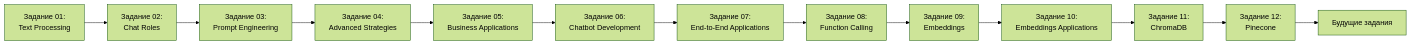
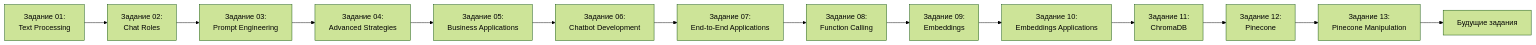
One commit to artipy/ai_knowledge_db_and_projects changed the diagram in Exercises/README.md. Above: the diagram before and after it, drawn with Mermaid (forest theme). The commit also changed other lines of this file and 5 other files, not shown here.

Commit message:
feat: Add Pinecone vector manipulation note and exercise 13

````diff
--- a/Exercises/README.md
+++ b/Exercises/README.md
@@ -316,15 +338,16 @@
 ```mermaid
 graph LR
     A[Задание 01:<br/>Text Processing] --> B[Задание 02:<br/>Chat Roles]
     B --> C[Задание 03:<br/>Prompt Engineering]
     C --> D[Задание 04:<br/>Advanced Strategies]
     D --> E[Задание 05:<br/>Business Applications]
     E --> F[Задание 06:<br/>Chatbot Development]
     F --> G[Задание 07:<br/>End-to-End Applications]
     G --> H[Задание 08:<br/>Function Calling]
     H --> I[Задание 09:<br/>Embeddings]
     I --> J[Задание 10:<br/>Embeddings Applications]
     J --> K[Задание 11:<br/>ChromaDB]
     K --> L[Задание 12:<br/>Pinecone]
-    L --> M[Будущие задания]
+    L --> M[Задание 13:<br/>Pinecone Manipulation]
+    M --> N[Будущие задания]
 ```
````
